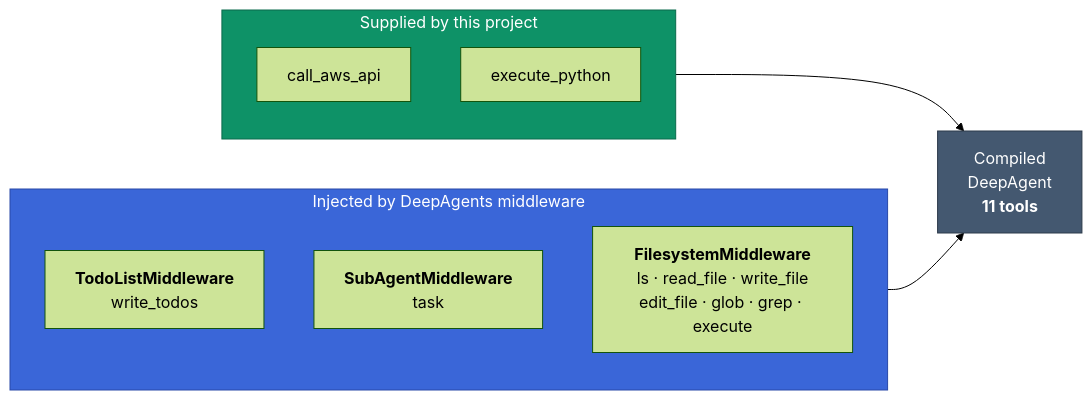
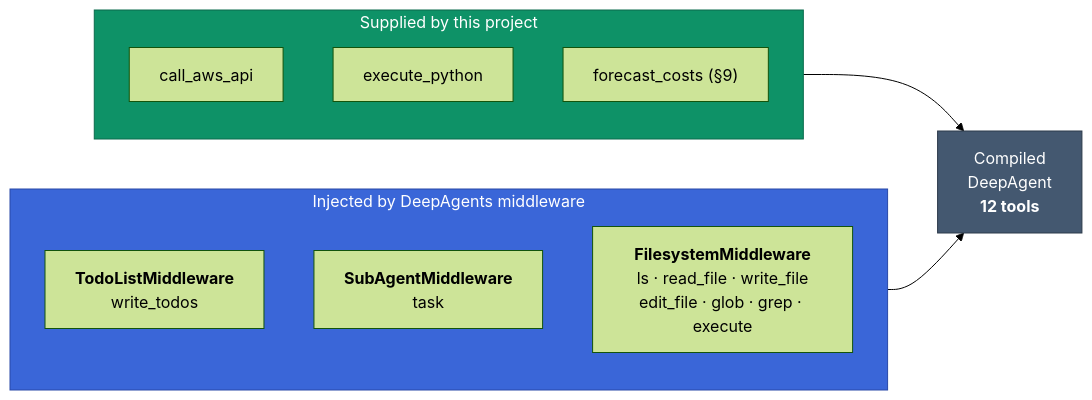
Before and after one commit to j-jayasuriyan/cloud_cost_deepagent: the third of 8 diagrams in documentation/Architecture.md, drawn with Mermaid (forest theme). The commit also changed other lines of this file and 7 other files, not shown here.

````diff
--- a/documentation/Architecture.md
+++ b/documentation/Architecture.md
@@ -172,21 +173,22 @@
 ```mermaid
 flowchart LR
     subgraph CUSTOM["Supplied by this project"]
         T1["call_aws_api"]
         T2["execute_python"]
+        T3["forecast_costs (§9)"]
     end
 
     subgraph INJECTED["Injected by DeepAgents middleware"]
         direction TB
         M1["<b>TodoListMiddleware</b><br/>write_todos"]
         M2["<b>SubAgentMiddleware</b><br/>task"]
         M3["<b>FilesystemMiddleware</b><br/>ls · read_file · write_file<br/>edit_file · glob · grep · execute"]
     end
 
-    CUSTOM --> AGENT["Compiled<br/>DeepAgent<br/><b>11 tools</b>"]
+    CUSTOM --> AGENT["Compiled<br/>DeepAgent<br/><b>12 tools</b>"]
     INJECTED --> AGENT
 
     style CUSTOM fill:#0e9267,stroke:#0a6b4c,color:#fff
     style INJECTED fill:#3a66d8,stroke:#2848a8,color:#fff
     style AGENT fill:#445870,stroke:#2c3a4a,color:#fff
 ```
````
